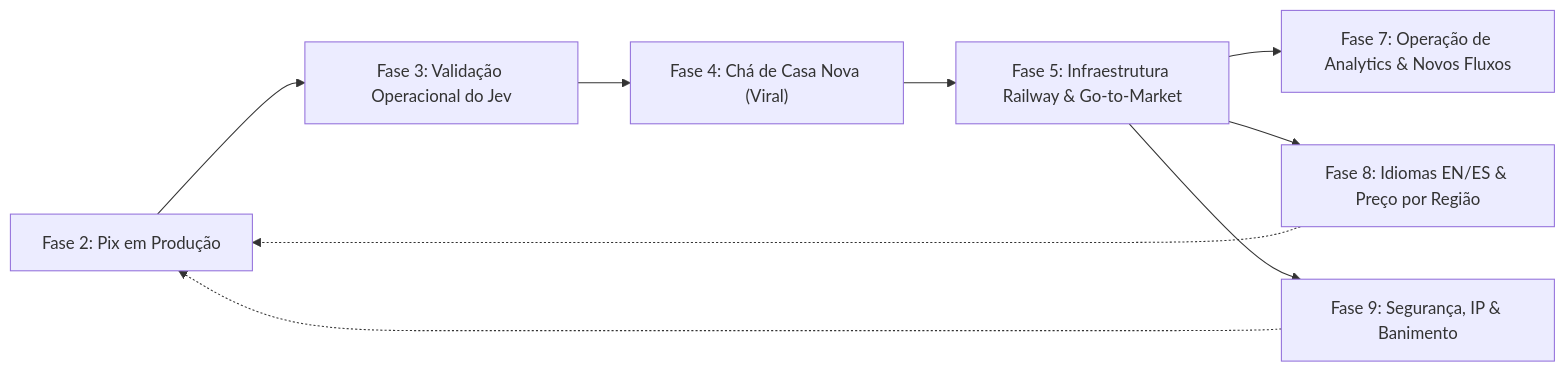
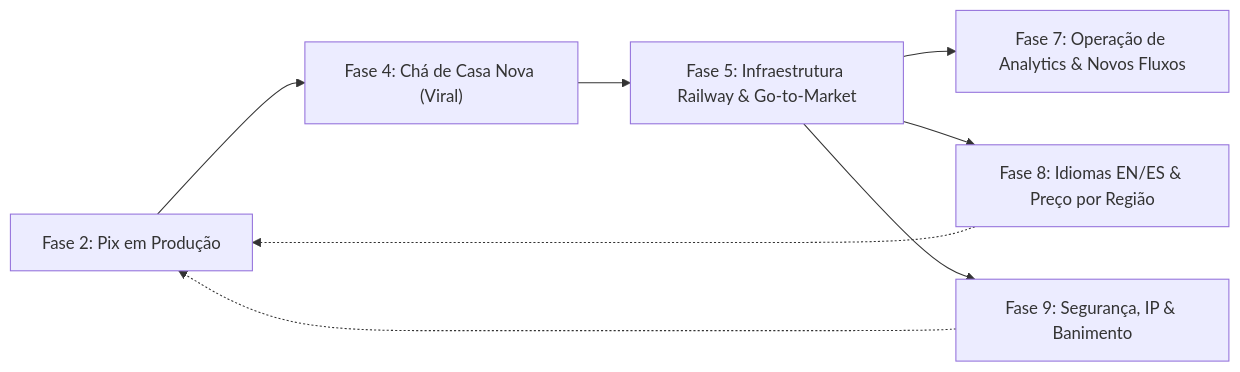
Before and after one commit to joaov-meneses/enxoval-de-casa-nova: the diagram in docs/implementacoes-futuras.md, drawn with Mermaid. The commit also changed other lines of this file and 123 other files, not shown here.

````diff
--- a/docs/implementacoes-futuras.md
+++ b/docs/implementacoes-futuras.md
@@ -24,11 +23,10 @@
 ```mermaid
 flowchart LR
-    Fase2["Fase 2: Pix em Produção"] --> Fase3["Fase 3: Validação Operacional do Jev"]
-    Fase3 --> Fase4["Fase 4: Chá de Casa Nova (Viral)"]
+    Fase2["Fase 2: Pix em Produção"] --> Fase4["Fase 4: Chá de Casa Nova (Viral)"]
     Fase4 --> Fase5["Fase 5: Infraestrutura Railway & Go-to-Market"]
     Fase5 --> Fase7["Fase 7: Operação de Analytics & Novos Fluxos"]
     Fase5 --> Fase8["Fase 8: Idiomas EN/ES & Preço por Região"]
     Fase5 --> Fase9["Fase 9: Segurança, IP & Banimento"]
     Fase9 -.-> Fase2
     Fase8 -.-> Fase2
 ```
````
